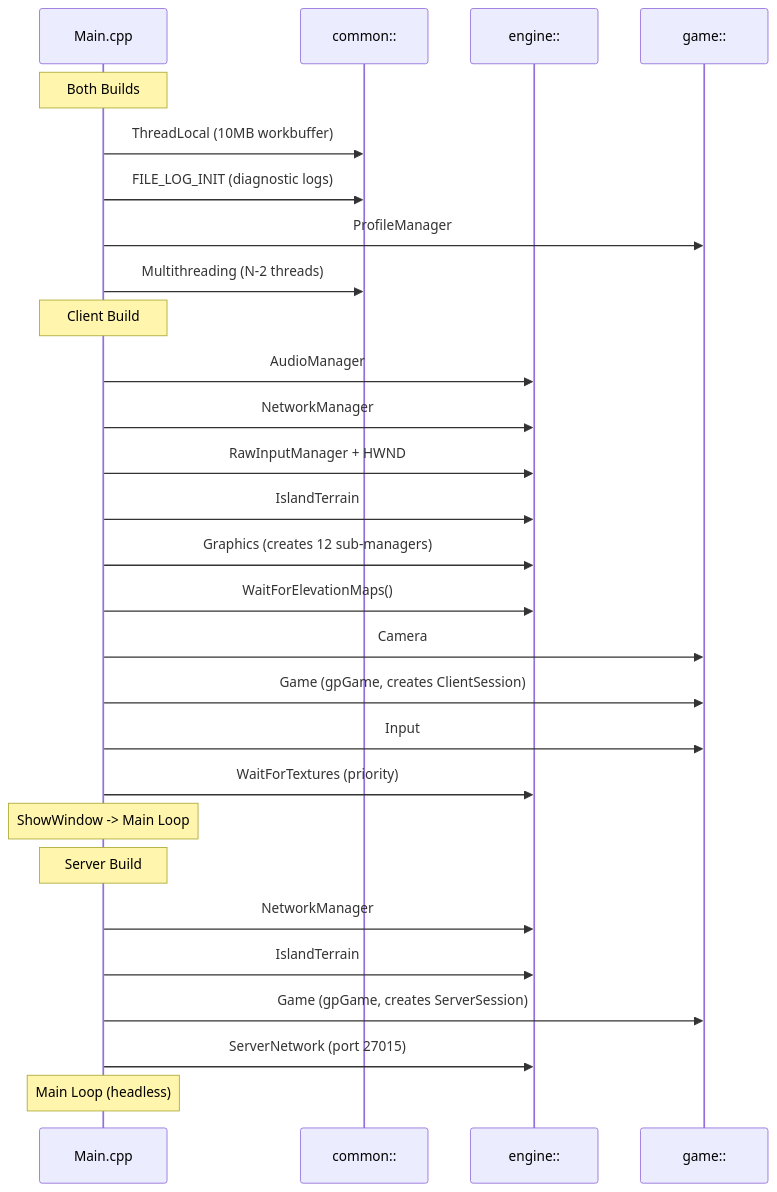
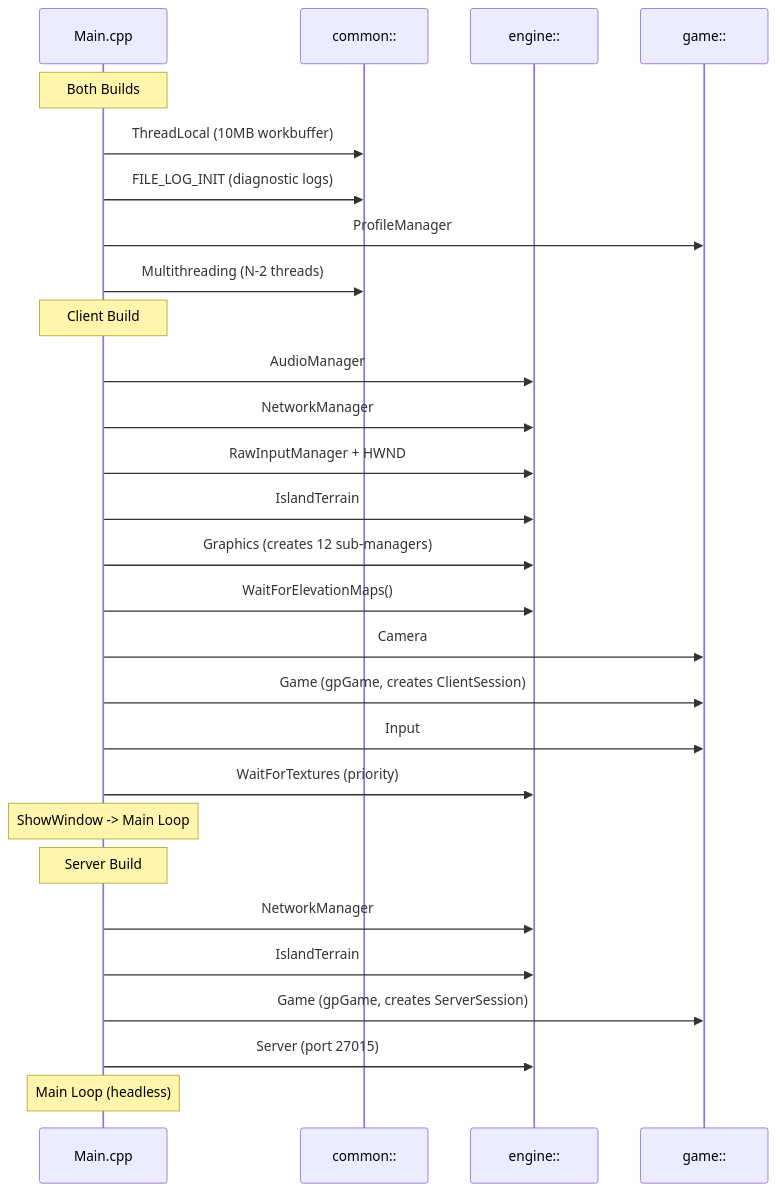
The second of 2 diagrams in Documents/Architecture/SystemOverview.md (DougTanner/BrokenEnginePublic), drawn with Mermaid before and after one commit. The commit also changed other lines of this file and 118 other files, not shown here.

````diff
--- a/Documents/Architecture/SystemOverview.md
+++ b/Documents/Architecture/SystemOverview.md
@@ -77,34 +77,34 @@
 ```mermaid
 %%{init: {'theme': 'default'}}%%
 sequenceDiagram
     participant Main as Main.cpp
     participant Common as common::
     participant Engine as engine::
     participant Game as game::
 
     Note over Main: Both Builds
     Main->>Common: ThreadLocal (10MB workbuffer)
     Main->>Common: FILE_LOG_INIT (diagnostic logs)
     Main->>Game: ProfileManager
     Main->>Common: Multithreading (N-2 threads)
 
     Note over Main: Client Build
     Main->>Engine: AudioManager
     Main->>Engine: NetworkManager
     Main->>Engine: RawInputManager + HWND
     Main->>Engine: IslandTerrain
     Main->>Engine: Graphics (creates 12 sub-managers)
     Main->>Engine: WaitForElevationMaps()
     Main->>Game: Camera
     Main->>Game: Game (gpGame, creates ClientSession)
     Main->>Game: Input
     Main->>Engine: WaitForTextures (priority)
     Note over Main: ShowWindow -> Main Loop
 
     Note over Main: Server Build
     Main->>Engine: NetworkManager
     Main->>Engine: IslandTerrain
     Main->>Game: Game (gpGame, creates ServerSession)
-    Main->>Engine: ServerNetwork (port 27015)
+    Main->>Engine: Server (port 27015)
     Note over Main: Main Loop (headless)
 ```
````
